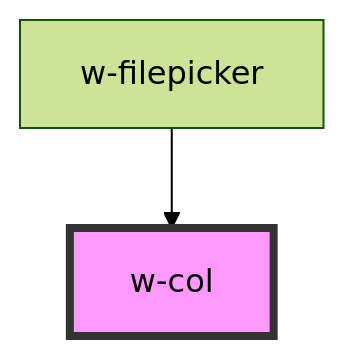
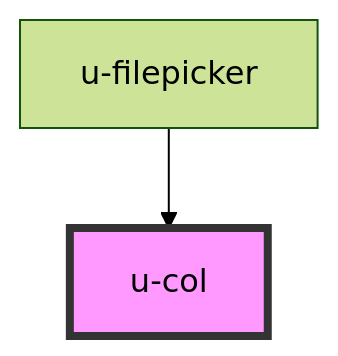
One commit to theUrbans/uniform changed the diagram in src/components/u-col/readme.md. Above: the diagram before and after it, drawn with Mermaid (forest theme). The commit also changed other lines of this file and 13 other files, not shown here.

````diff
--- a/src/components/u-col/readme.md
+++ b/src/components/u-col/readme.md
@@ -28,5 +28,5 @@
 ```mermaid
 graph TD;
-  w-filepicker --> w-col
-  style w-col fill:#f9f,stroke:#333,stroke-width:4px
+  u-filepicker --> u-col
+  style u-col fill:#f9f,stroke:#333,stroke-width:4px
 ```
````
